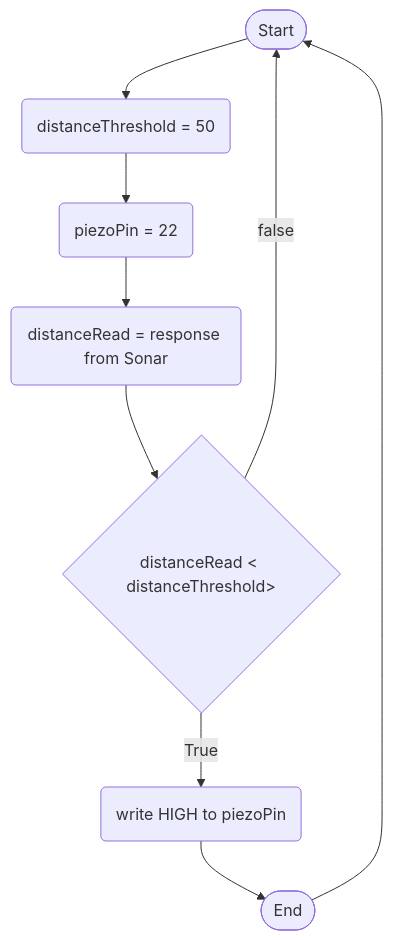
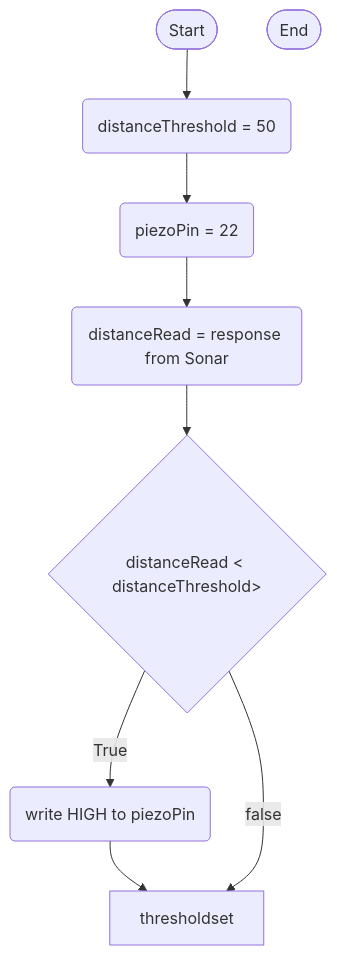
The diagram in logic.md (0717330/arduino-board-project), drawn with Mermaid before and after one commit.

````diff
--- a/logic.md
+++ b/logic.md
@@ -1,21 +1,20 @@
 ```mermaid
 flowchart TD
 terminalStart([Start])
 terminalEnd([End])
 
 thresholdSet(distanceThreshold = 50)
 setPiezoPin(piezoPin = 22)
 currentDistanceReading(distanceRead = response from Sonar)
 activatePiezo(write HIGH to piezoPin)
 ifDistanceLessThanThreshold{distanceRead < distanceThreshold>}
 
 terminalStart --> thresholdSet
 thresholdSet --> setPiezoPin
 setPiezoPin --> currentDistanceReading
 currentDistanceReading --> ifDistanceLessThanThreshold
 ifDistanceLessThanThreshold --> |True| activatePiezo
-activatePiezo --> terminalEnd
-ifDistanceLessThanThreshold --> |false| terminalStart
+activatePiezo --> thresholdset
+ifDistanceLessThanThreshold --> |false| thresholdset
 
-terminalEnd --> terminalStart
 ```
````
